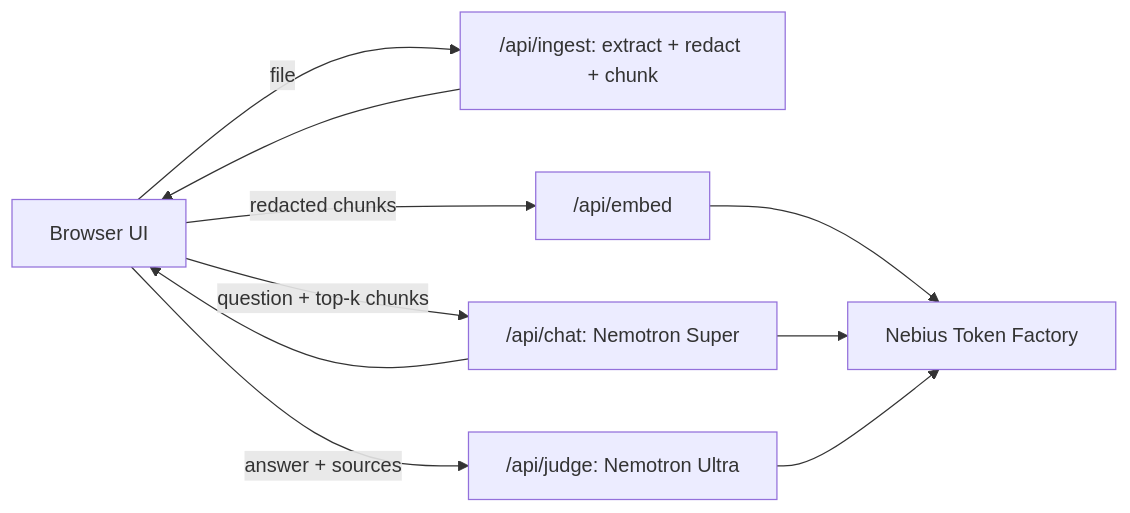
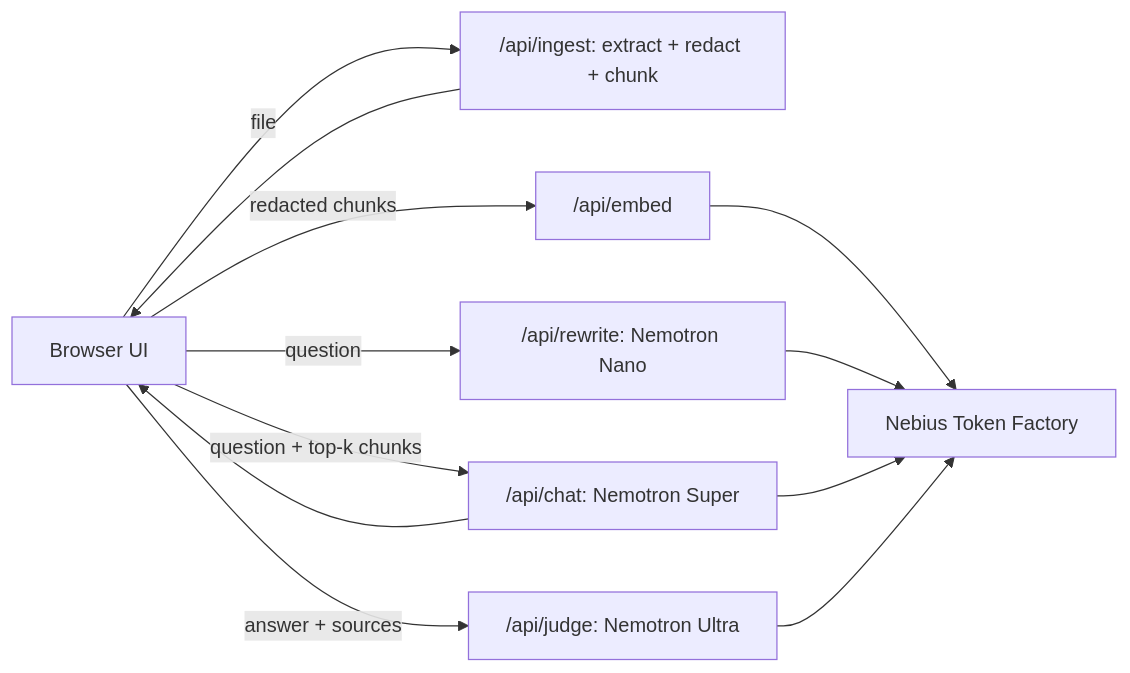
One commit to Zainamrj/vaultai changed the diagram in README.md. Above: the diagram before and after it, drawn with Mermaid. The commit also changed other lines of this file, not shown here.

````diff
--- a/README.md
+++ b/README.md
@@ -29,12 +31,14 @@
 ```mermaid
 flowchart LR
   U[Browser UI] -->|file| I["/api/ingest: extract + redact + chunk"]
   I --> U
   U -->|redacted chunks| E["/api/embed"]
+  U -->|question| W["/api/rewrite: Nemotron Nano"]
   U -->|question + top-k chunks| C["/api/chat: Nemotron Super"]
   C --> U
   U -->|answer + sources| J["/api/judge: Nemotron Ultra"]
   E --> N[Nebius Token Factory]
+  W --> N
   C --> N
   J --> N
 ```
````
